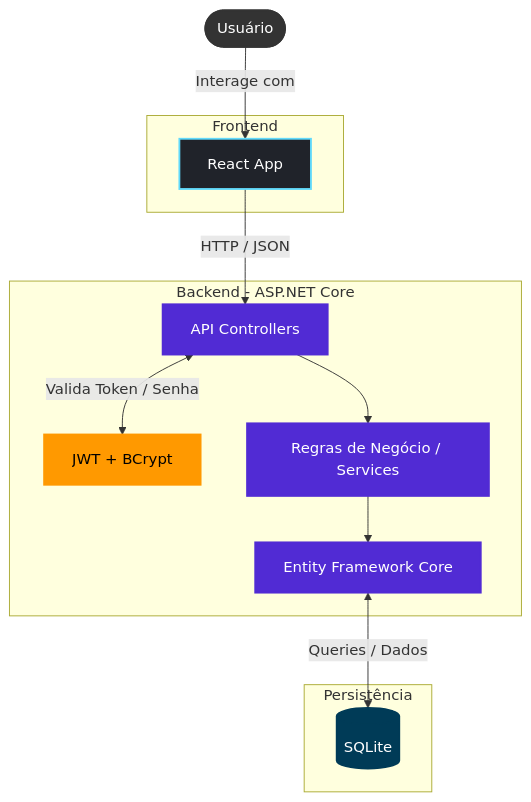
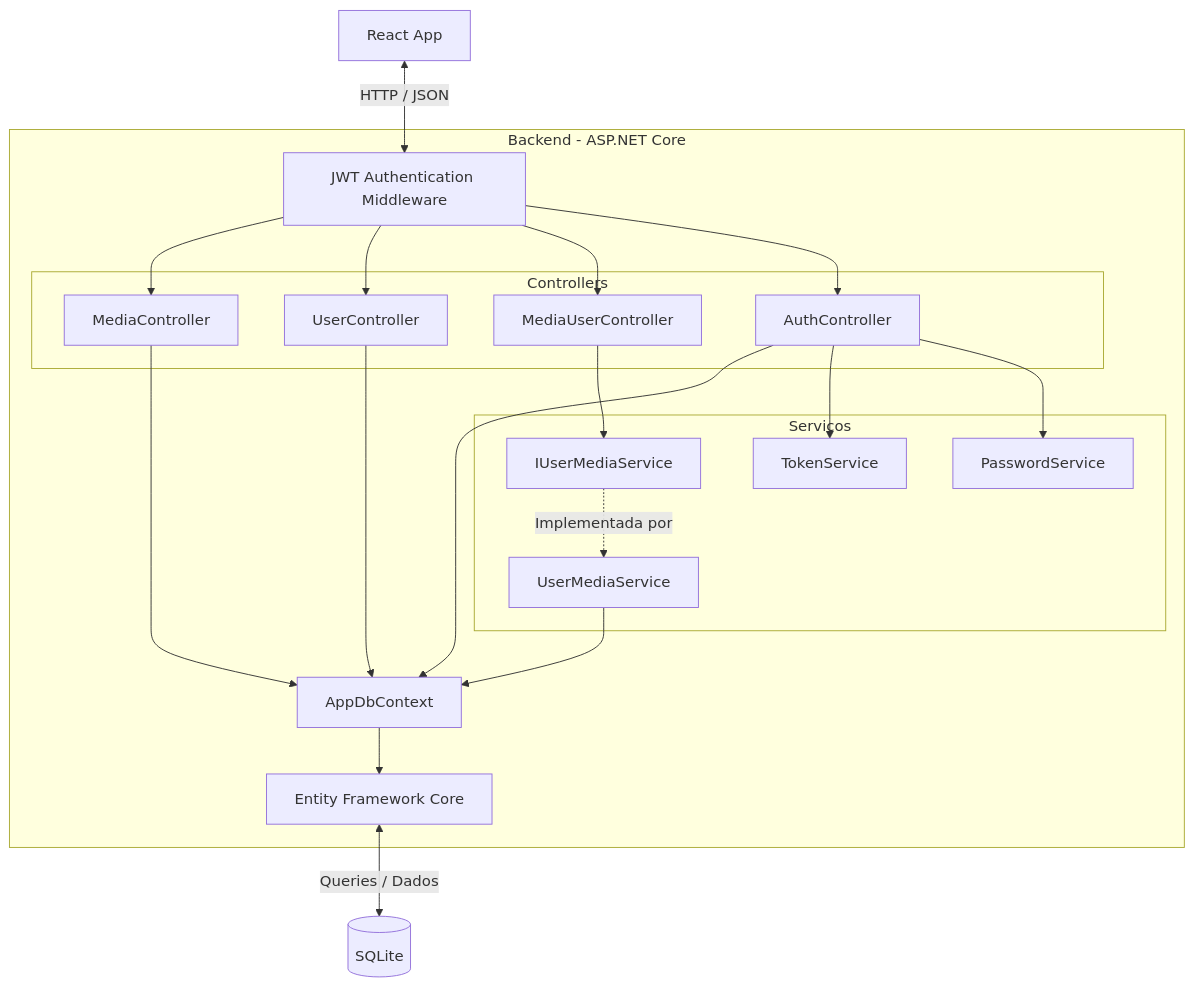
One commit to rallantro/obrazo changed the first of 3 diagrams in README.md. Above: the diagram before and after it, drawn with Mermaid. The commit also changed other lines of this file, not shown here.

Commit message:
Atualiza a documentação do README.md com novas funcionalidades e melhorias na arquitetura do Obrazo

````diff
--- a/README.md
+++ b/README.md
@@ -43,41 +62,48 @@
 ```mermaid
 flowchart TD
-    %% Entidades Externas
-    User([Usuário])
+    React[React App]
 
-    %% Frontend
-    subgraph Front [Frontend]
-        React[React App]
-    end
+    subgraph Back [Backend - ASP.NET Core]
+        Middleware[JWT Authentication Middleware]
 
-    %% Backend
-    subgraph Back [Backend - ASP.NET Core]
-        API[API Controllers]
-        Auth[JWT + BCrypt]
-        Services[Regras de Negócio / Services]
+        subgraph Controllers [Controllers]
+            Media[MediaController]
+            User[UserController]
+            MediaUser[MediaUserController]
+            Auth[AuthController]
+        end
+
+        subgraph Services [Serviços]
+            Interface[IUserMediaService]
+            UserMedia[UserMediaService]
+            Token[TokenService]
+            Password[PasswordService]
+        end
+
+        Context[AppDbContext]
         EF[Entity Framework Core]
     end
 
-    %% Banco de Dados
-    subgraph Data [Persistência]
-        DB[(SQLite)]
-    end
+    DB[(SQLite)]
 
-    %% Conexões
-    User -->|Interage com| React
-    React -->|HTTP / JSON| API
-    
-    API <-->|Valida Token / Senha| Auth
-    API --> Services
-    Services --> EF
+    React <-->|HTTP / JSON| Middleware
+
+    Middleware --> Media
+    Middleware --> User
+    Middleware --> MediaUser
+    Middleware --> Auth
+
+    MediaUser --> Interface
+    Interface -.->|Implementada por| UserMedia
+    UserMedia --> Context
+
+    Media --> Context
+    User --> Context
+    Auth --> Context
+
+    Auth --> Token
+    Auth --> Password
+
+    Context --> EF
     EF <-->|Queries / Dados| DB
-
-    %% Estilização simples (opcional)
-    style User fill:#333,stroke:#333,stroke-width:2px,color:#fff
-    style React fill:#20232A,stroke:#61DAFB,stroke-width:2px,color:#fff
-    style API fill:#512BD4,stroke:#512BD4,stroke-width:2px,color:#fff
-    style Auth fill:#ff9900,stroke:#ff9900,stroke-width:2px,color:#000
-    style Services fill:#512BD4,stroke:#512BD4,stroke-width:2px,color:#fff
-    style EF fill:#512BD4,stroke:#512BD4,stroke-width:2px,color:#fff
-    style DB fill:#003B57,stroke:#003B57,stroke-width:2px,color:#fff
 ```
````
